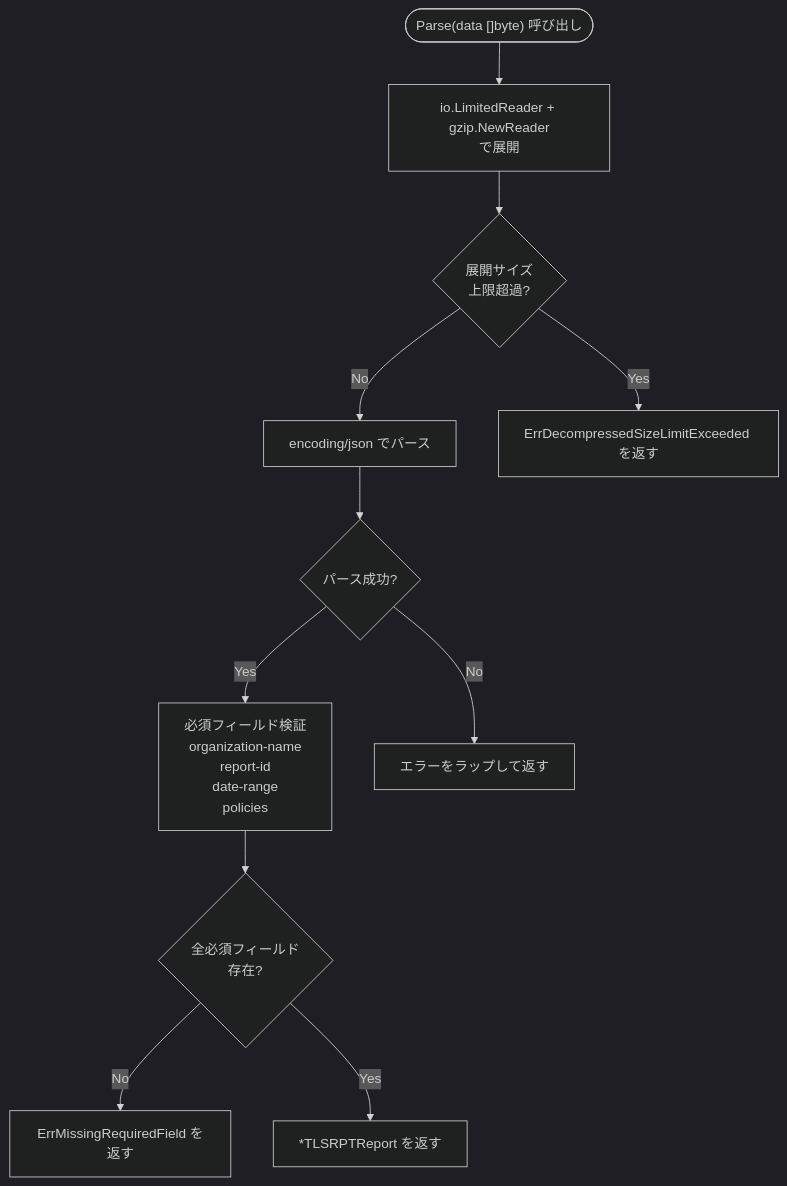
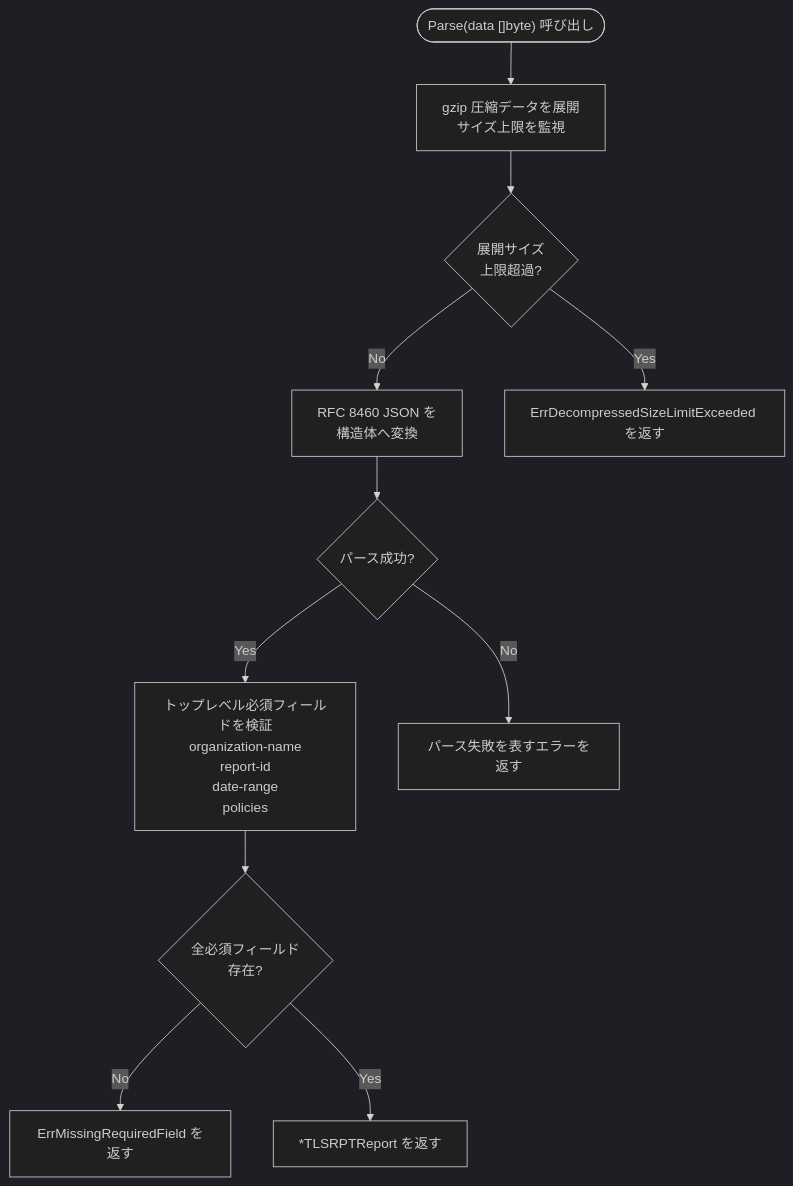
Before and after one commit to isseis/tlsrpt-digest: the sixth of 7 diagrams in docs/tasks/0020_tlsrpt/02_architecture.md, drawn with Mermaid (dark theme). The commit also changed other lines of this file, not shown here.

Commit message:
docs(task 0020): revise architecture document based on review feedback

````diff
--- a/docs/tasks/0020_tlsrpt/02_architecture.md
+++ b/docs/tasks/0020_tlsrpt/02_architecture.md
@@ -279,25 +280,25 @@
 ```mermaid
 flowchart TD
     Start(["Parse(data []byte) 呼び出し"])
-    Decompress["io.LimitedReader + gzip.NewReader<br>で展開"]
+    Decompress["gzip 圧縮データを展開<br>サイズ上限を監視"]
     CheckSize{"展開サイズ<br>上限超過?"}
-    ParseJSON["encoding/json でパース"]
+    ParseJSON["RFC 8460 JSON を<br>構造体へ変換"]
     CheckJSON{"パース成功?"}
-    Validate["必須フィールド検証<br>organization-name<br>report-id<br>date-range<br>policies"]
+    Validate["トップレベル必須フィールドを検証<br>organization-name<br>report-id<br>date-range<br>policies"]
     CheckField{"全必須フィールド<br>存在?"}
     ReturnOK["*TLSRPTReport を返す"]
     ErrSize["ErrDecompressedSizeLimitExceeded を返す"]
-    ErrJSON["エラーをラップして返す"]
+    ErrJSON["パース失敗を表すエラーを返す"]
     ErrField["ErrMissingRequiredField を返す"]
 
     Start --> Decompress
     Decompress --> CheckSize
     CheckSize -->|"Yes"| ErrSize
     CheckSize -->|"No"| ParseJSON
     ParseJSON --> CheckJSON
     CheckJSON -->|"No"| ErrJSON
     CheckJSON -->|"Yes"| Validate
     Validate --> CheckField
     CheckField -->|"No"| ErrField
     CheckField -->|"Yes"| ReturnOK
 ```
````
